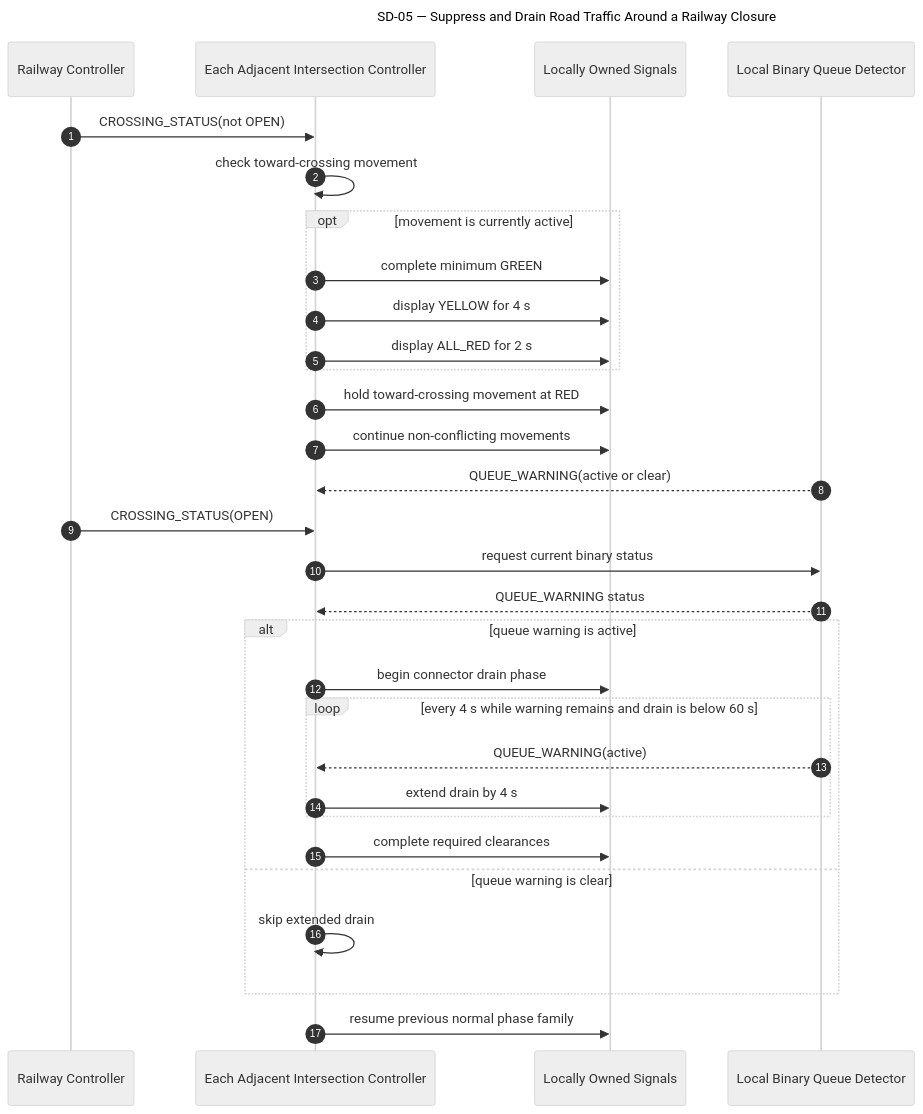
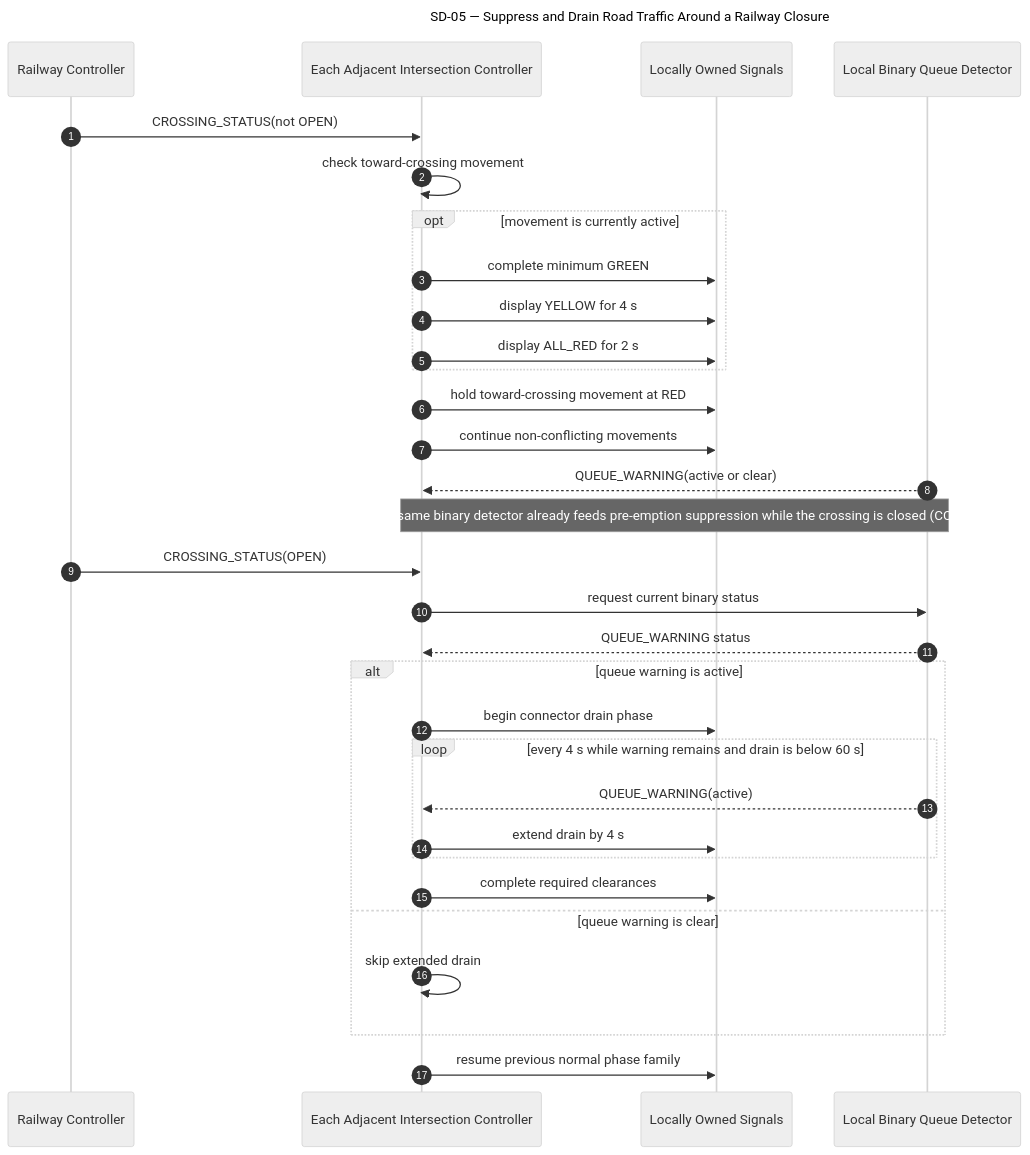
The fifth of 8 diagrams in SEQUENCE_DIAGRAMS.md (lucietran03/traffic-control-system), drawn with Mermaid (neutral theme) before and after one commit. The commit also changed other lines of this file and 1 other file, not shown here.

First line of the commit message:
Fix SD-07 ACK ordering, restore missing UC alt flows, add review notes

````diff
--- a/SEQUENCE_DIAGRAMS.md
+++ b/SEQUENCE_DIAGRAMS.md
@@ -226,44 +254,45 @@
 ```mermaid
 ---
 title: SD-05 — Suppress and Drain Road Traffic Around a Railway Closure
 ---
 sequenceDiagram
     accTitle: SD-05 Suppress and Drain Road Traffic Around a Railway Closure
     accDescr: Each adjacent intersection controller suppresses its toward-crossing movement and independently performs a bounded queue-drain phase after reopening.
     autonumber
 
     participant RLx as Railway Controller
     participant Lx as Each Adjacent Intersection Controller
     participant Sig as Locally Owned Signals
     participant Q as Local Binary Queue Detector
 
     RLx->>Lx: CROSSING_STATUS(not OPEN)
     Lx->>Lx: check toward-crossing movement
 
     opt movement is currently active
         Lx->>Sig: complete minimum GREEN
         Lx->>Sig: display YELLOW for 4 s
         Lx->>Sig: display ALL_RED for 2 s
     end
 
     Lx->>Sig: hold toward-crossing movement at RED
     Lx->>Sig: continue non-conflicting movements
     Q-->>Lx: QUEUE_WARNING(active or clear)
+    Note over Q,Lx: the same binary detector already feeds pre-emption suppression while the crossing is closed (CC-01)
 
     RLx->>Lx: CROSSING_STATUS(OPEN)
     Lx->>Q: request current binary status
     Q-->>Lx: QUEUE_WARNING status
 
     alt queue warning is active
         Lx->>Sig: begin connector drain phase
         loop every 4 s while warning remains and drain is below 60 s
             Q-->>Lx: QUEUE_WARNING(active)
             Lx->>Sig: extend drain by 4 s
         end
         Lx->>Sig: complete required clearances
     else queue warning is clear
         Lx->>Lx: skip extended drain
     end
 
     Lx->>Sig: resume previous normal phase family
 ```
````
